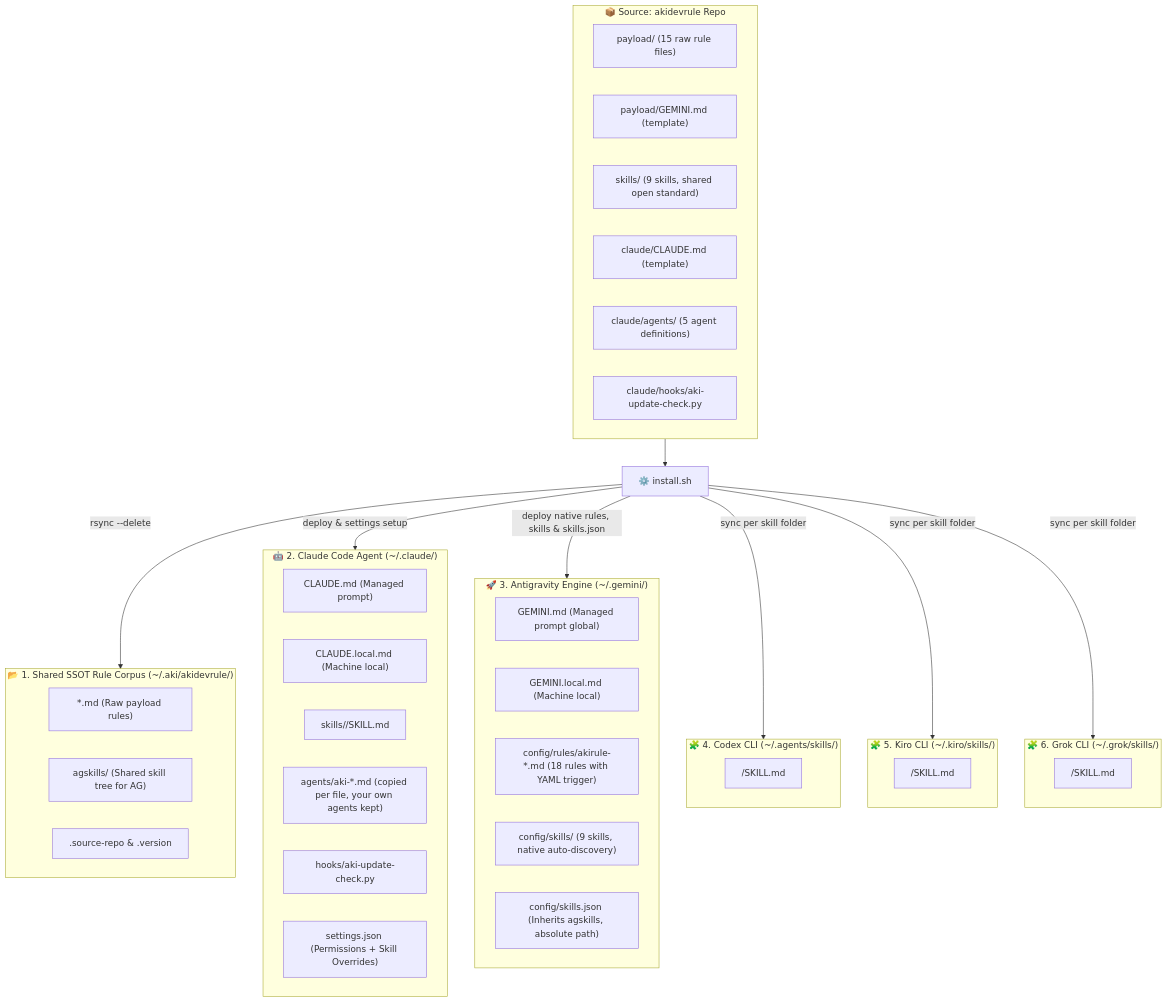
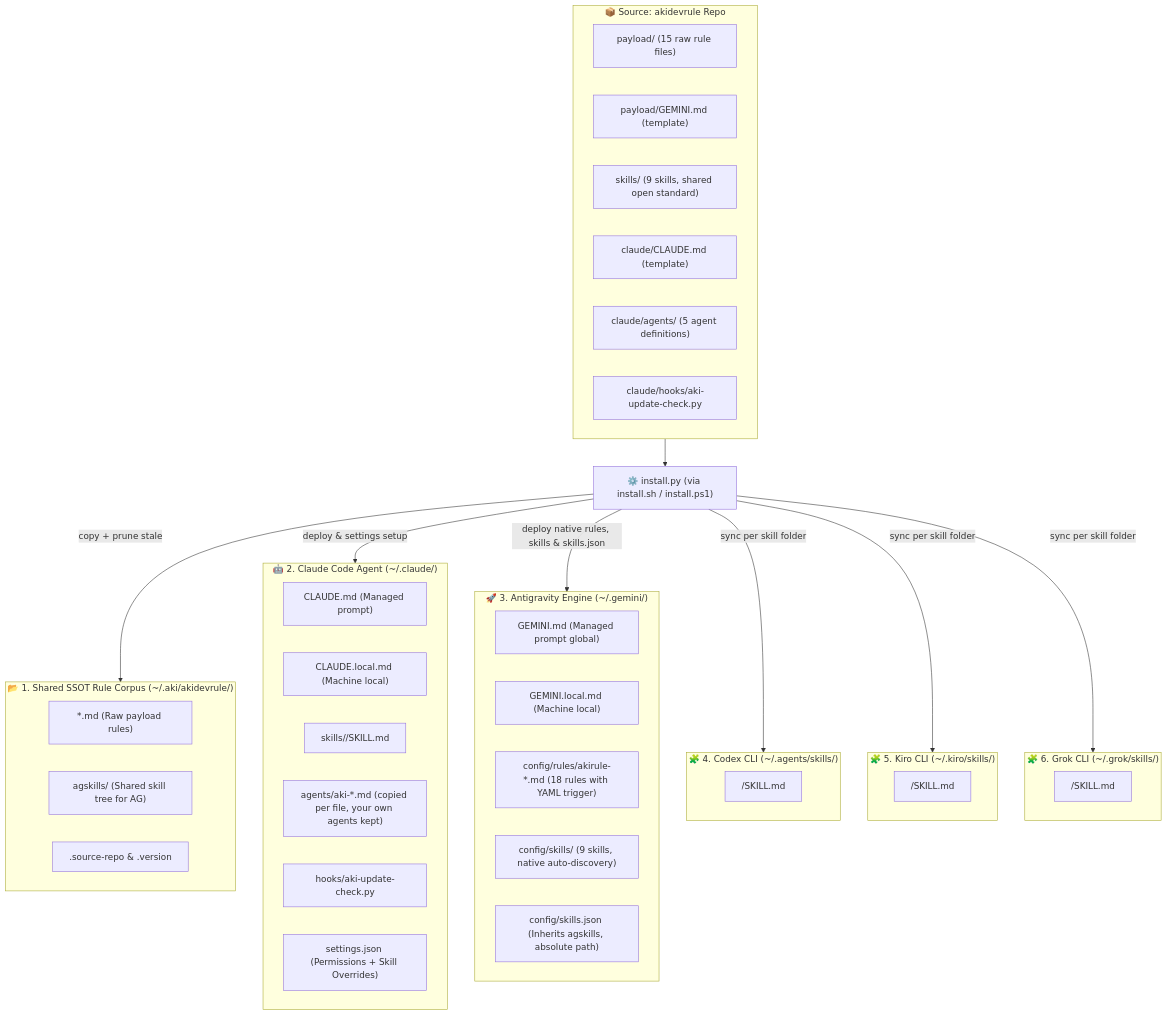
Before and after one commit to QuachGia1994/akidevrule: the diagram in README.md, drawn with Mermaid. The commit also changed other lines of this file and 22 other files, not shown here.

````diff
--- a/README.md
+++ b/README.md
@@ -168,58 +178,58 @@
 ```mermaid
 flowchart TD
     subgraph SRC["📦 Source: akidevrule Repo"]
         PAYLOAD["payload/ (15 raw rule files)"]
         PGEMINI["payload/GEMINI.md (template)"]
         CSKILLS["skills/ (9 skills, shared open standard)"]
         CCLAUDE["claude/CLAUDE.md (template)"]
         CAGENTS["claude/agents/ (5 agent definitions)"]
         CHOOKS["claude/hooks/aki-update-check.py"]
     end
 
-    INSTALL["⚙️ install.sh"]
+    INSTALL["⚙️ install.py (via install.sh / install.ps1)"]
     SRC --> INSTALL
 
     %% TARGET 1: ~/.aki/akidevrule/
     subgraph T1["📂 1. Shared SSOT Rule Corpus (~/.aki/akidevrule/)"]
         R_CORPUS["*.md (Raw payload rules)"]
         R_AGSKILLS["agskills/ (Shared skill tree for AG)"]
         R_META[".source-repo & .version"]
     end
 
     %% TARGET 2: ~/.claude/
     subgraph T2["🤖 2. Claude Code Agent (~/.claude/)"]
         C_MD["CLAUDE.md (Managed prompt)"]
         C_LOCAL["CLAUDE.local.md (Machine local)"]
         C_SKILLS["skills/<skill_name>/SKILL.md"]
         C_AGENTS["agents/aki-*.md (copied per file, your own agents kept)"]
         C_HOOKS["hooks/aki-update-check.py"]
         C_SET["settings.json (Permissions + Skill Overrides)"]
     end
 
     %% TARGET 3: ~/.gemini/
     subgraph T3["🚀 3. Antigravity Engine (~/.gemini/)"]
         G_MD["GEMINI.md (Managed prompt global)"]
         G_LOCAL["GEMINI.local.md (Machine local)"]
         G_RULES["config/rules/akirule-*.md (18 rules with YAML trigger)"]
         G_SKILLS["config/skills/ (9 skills, native auto-discovery)"]
         G_SJSON["config/skills.json (Inherits agskills, absolute path)"]
     end
 
     %% TARGETS 4-6: other CLIs that natively consume the SKILL.md standard
     subgraph T4["🧩 4. Codex CLI (~/.agents/skills/)"]
         X_SKILLS["<skill_name>/SKILL.md"]
     end
     subgraph T5["🧩 5. Kiro CLI (~/.kiro/skills/)"]
         K_SKILLS["<skill_name>/SKILL.md"]
     end
     subgraph T6["🧩 6. Grok CLI (~/.grok/skills/)"]
         R_SKILLS["<skill_name>/SKILL.md"]
     end
 
-    INSTALL -->|"rsync --delete"| T1
+    INSTALL -->|"copy + prune stale"| T1
     INSTALL -->|"deploy & settings setup"| T2
     INSTALL -->|"deploy native rules, skills & skills.json"| T3
     INSTALL -->|"sync per skill folder"| T4
     INSTALL -->|"sync per skill folder"| T5
     INSTALL -->|"sync per skill folder"| T6
 ```
````
